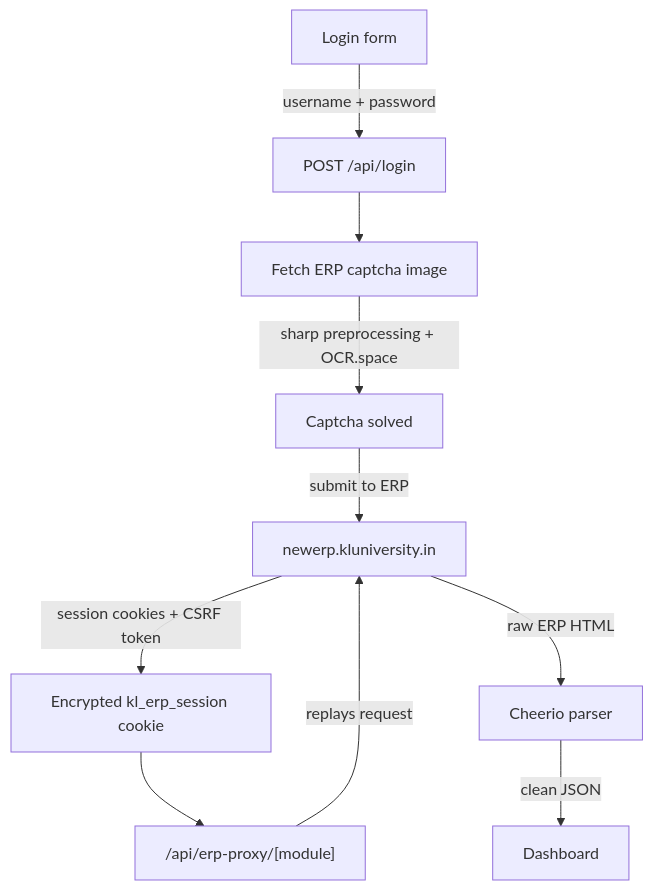
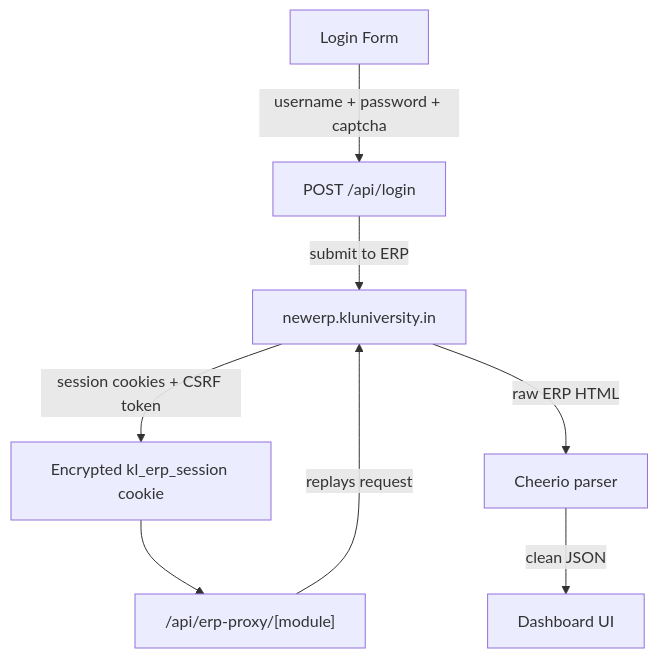
One commit to tejaswin-amara/kl-sync changed the diagram in README.md. Above: the diagram before and after it, drawn with Mermaid. The commit also changed other lines of this file and 4 other files, not shown here.

````diff
--- a/README.md
+++ b/README.md
@@ -46,12 +38,10 @@
 ```mermaid
 flowchart TD
-    A["Login form"] -->|"username + password"| B["POST /api/login"]
-    B --> C["Fetch ERP captcha image"]
-    C -->|"sharp preprocessing + OCR.space"| D["Captcha solved"]
-    D -->|"submit to ERP"| E["newerp.kluniversity.in"]
-    E -->|"session cookies + CSRF token"| F["Encrypted kl_erp_session cookie"]
-    F --> G["/api/erp-proxy/[module]"]
-    G -->|"replays request"| E
-    E -->|"raw ERP HTML"| H["Cheerio parser"]
-    H -->|"clean JSON"| I["Dashboard"]
+    A["Login Form"] -->|"username + password + captcha"| B["POST /api/login"]
+    B -->|"submit to ERP"| C["newerp.kluniversity.in"]
+    C -->|"session cookies + CSRF token"| D["Encrypted kl_erp_session cookie"]
+    D --> E["/api/erp-proxy/[module]"]
+    E -->|"replays request"| C
+    C -->|"raw ERP HTML"| F["Cheerio parser"]
+    F -->|"clean JSON"| G["Dashboard UI"]
 ```
````
